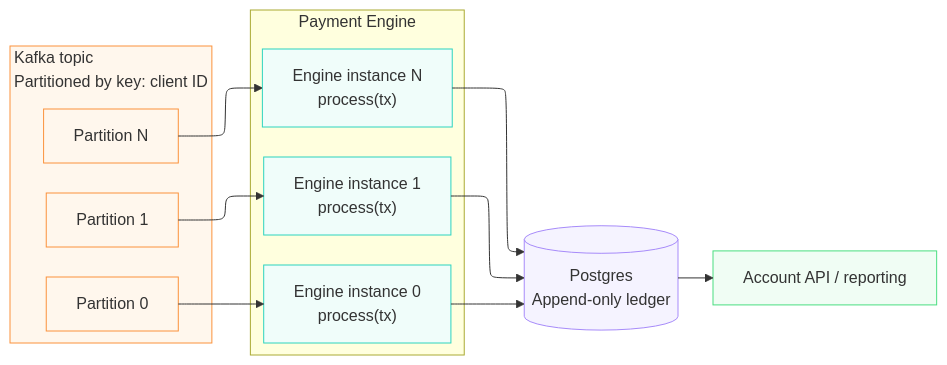
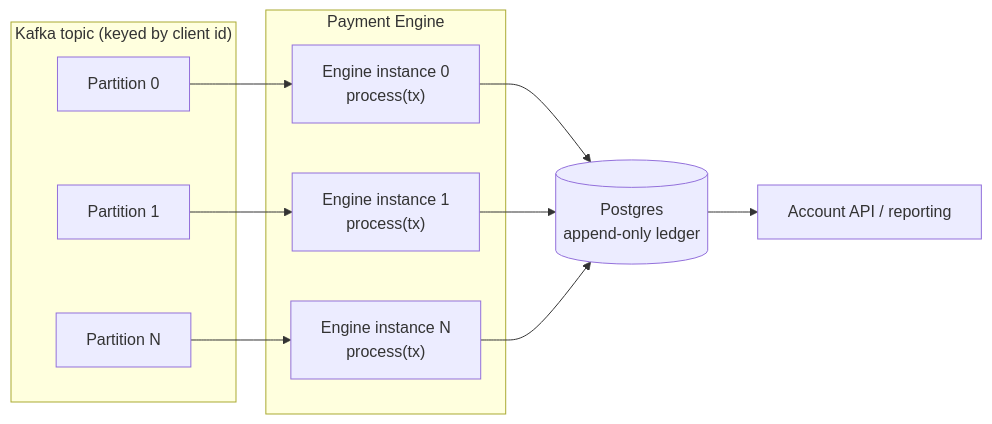
Before and after one commit to lvsoftwareengineer/PaymentEngine: the diagram in README.md, drawn with Mermaid.

Commit message:
refactor: readme to render better on git

````diff
--- a/README.md
+++ b/README.md
@@ -130,41 +130,20 @@
 ```mermaid
----
-config:
-  layout: elk
----
 flowchart LR
- subgraph T["Kafka topic<br>Partitioned by key: client ID"]
-    direction TB
-        p0["Partition 0"]
-        p1["Partition 1"]
-        pn["Partition N"]
+ subgraph T["Kafka topic (keyed by client id)"]
+    p0["Partition 0"]
+    p1["Partition 1"]
+    pn["Partition N"]
   end
  subgraph CG["Payment Engine"]
-    direction TB
-        e0["Engine instance 0<br>process(tx)"]
-        e1["Engine instance 1<br>process(tx)"]
-        en["Engine instance N<br>process(tx)"]
+    e0["Engine instance 0<br>process(tx)"]
+    e1["Engine instance 1<br>process(tx)"]
+    en["Engine instance N<br>process(tx)"]
   end
     p0 --> e0
     p1 --> e1
     pn --> en
-    e0 --> PG[("Postgres<br>Append-only ledger")]
+    e0 --> PG[("Postgres<br>append-only ledger")]
     e1 --> PG
     en --> PG
     PG --> API["Account API / reporting"]
-
-     p0:::kafka
-     p1:::kafka
-     pn:::kafka
-     e0:::consumer
-     e1:::consumer
-     en:::consumer
-     PG:::storage
-     API:::output
-     T:::kafka
-    classDef producer stroke:#818cf8,fill:#eef2ff
-    classDef kafka stroke:#fb923c,fill:#fff7ed
-    classDef consumer stroke:#2dd4bf,fill:#f0fdfa
-    classDef storage stroke:#a78bfa,fill:#f5f3ff
-    classDef output stroke:#4ade80,fill:#f0fdf4
 ```
````
